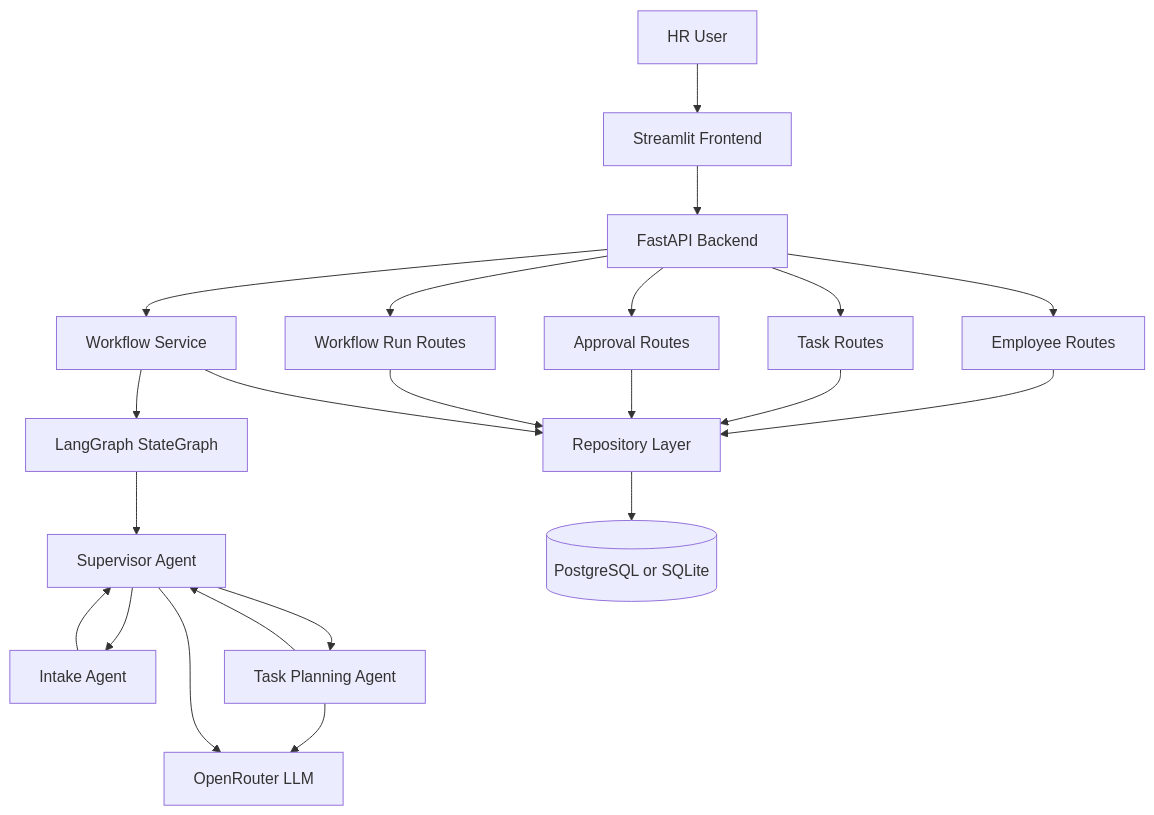
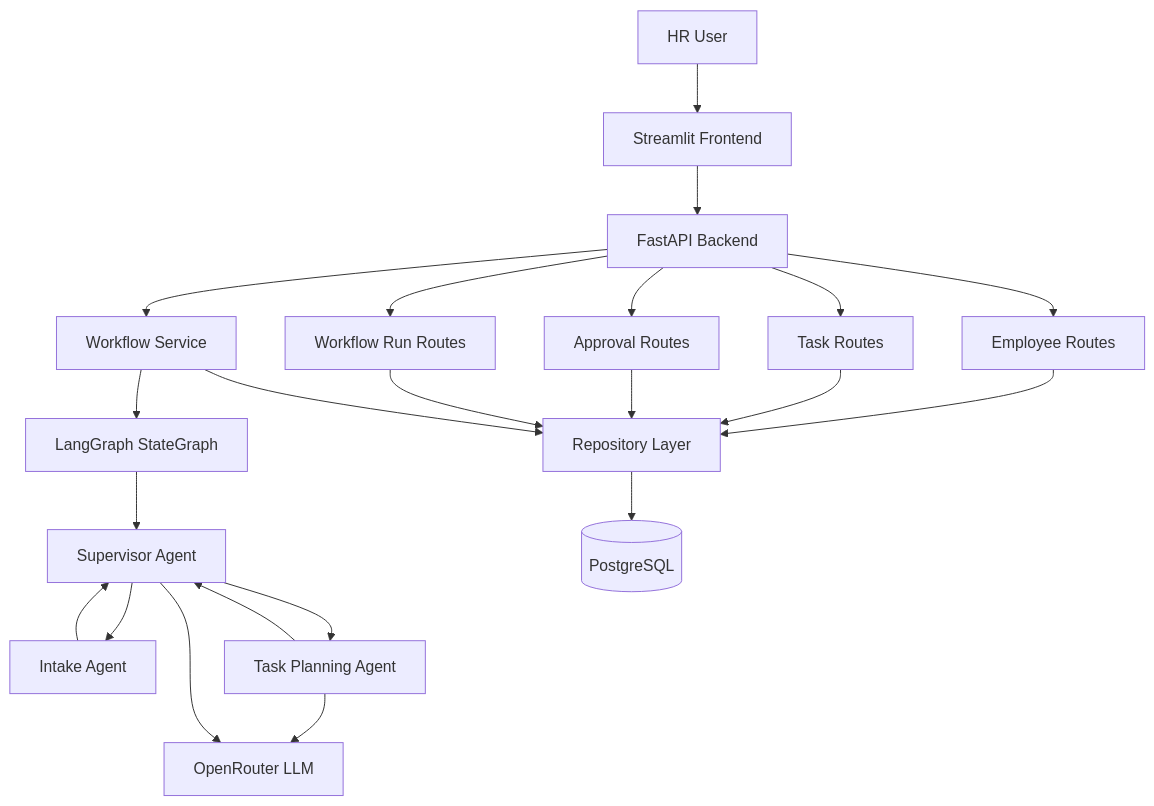
The first of 3 diagrams in docs/ARCHITECTURE_DIAGRAM.md (vego-ds/onboarding-buddy), drawn with Mermaid before and after one commit. The commit also changed other lines of this file and 13 other files, not shown here.

Commit message:
Make application runtime PostgreSQL-only

````diff
--- a/docs/ARCHITECTURE_DIAGRAM.md
+++ b/docs/ARCHITECTURE_DIAGRAM.md
@@ -5,24 +5,24 @@
 ```mermaid
 flowchart TD
     HR["HR User"] --> UI["Streamlit Frontend"]
     UI --> API["FastAPI Backend"]
     API --> Employees["Employee Routes"]
     API --> Tasks["Task Routes"]
     API --> Approvals["Approval Routes"]
     API --> Runs["Workflow Run Routes"]
     API --> Service["Workflow Service"]
     Service --> Graph["LangGraph StateGraph"]
     Graph --> Supervisor["Supervisor Agent"]
     Supervisor --> Intake["Intake Agent"]
     Intake --> Supervisor
     Supervisor --> Planner["Task Planning Agent"]
     Planner --> Supervisor
     Planner --> LLM["OpenRouter LLM"]
     Supervisor --> LLM
     Employees --> Repos["Repository Layer"]
     Tasks --> Repos
     Approvals --> Repos
     Runs --> Repos
     Service --> Repos
-    Repos --> DB[("PostgreSQL or SQLite")]
+    Repos --> DB[("PostgreSQL")]
 ```
````
